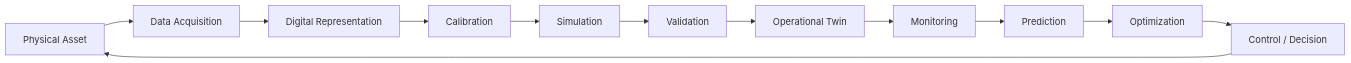
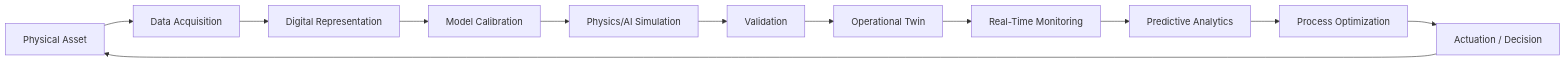
One commit to ishandutta2007/Awesome-Simulation-n-Digital-Twin-Platform changed the second of 2 diagrams in README.md. Above: the diagram before and after it, drawn with Mermaid. The commit also changed other lines of this file and 2 other files, not shown here.

````diff
--- a/README.md
+++ b/README.md
@@ -1015,14 +465,14 @@
 ```mermaid
 flowchart LR
     A[Physical Asset] --> B[Data Acquisition]
     B --> C[Digital Representation]
-    C --> D[Calibration]
-    D --> E[Simulation]
+    C --> D[Model Calibration]
+    D --> E[Physics/AI Simulation]
     E --> F[Validation]
     F --> G[Operational Twin]
-    G --> H[Monitoring]
-    H --> I[Prediction]
-    I --> J[Optimization]
-    J --> K[Control / Decision]
+    G --> H[Real-Time Monitoring]
+    H --> I[Predictive Analytics]
+    I --> J[Process Optimization]
+    J --> K[Actuation / Decision]
     K --> A
 ```
````
